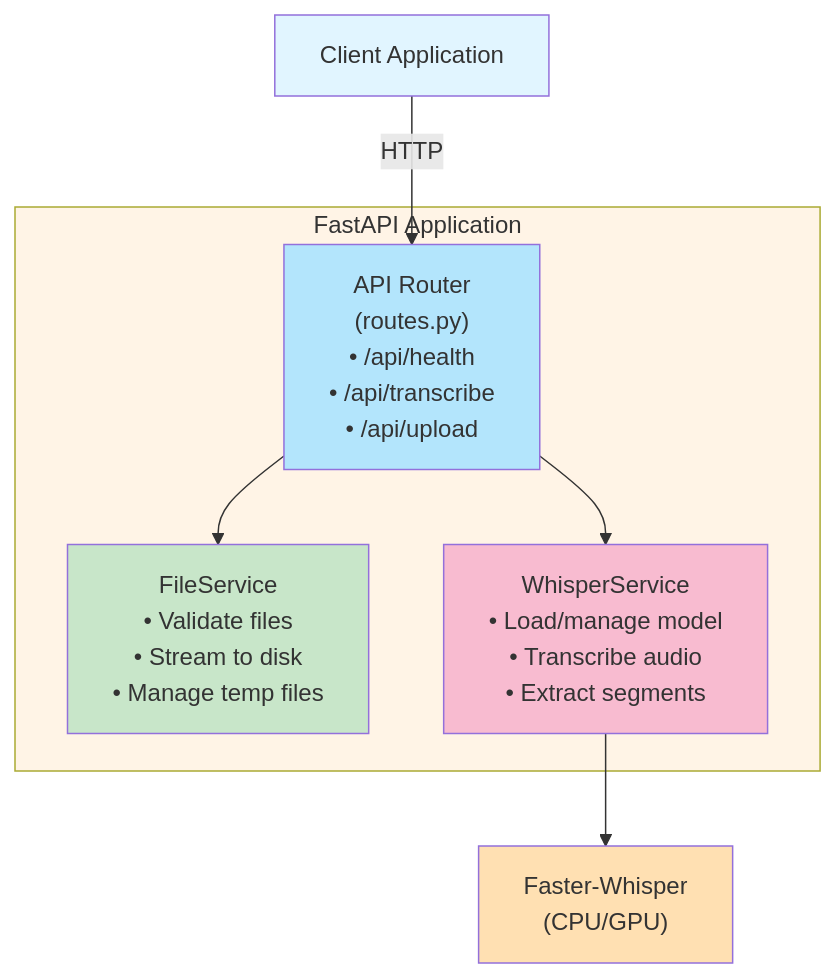
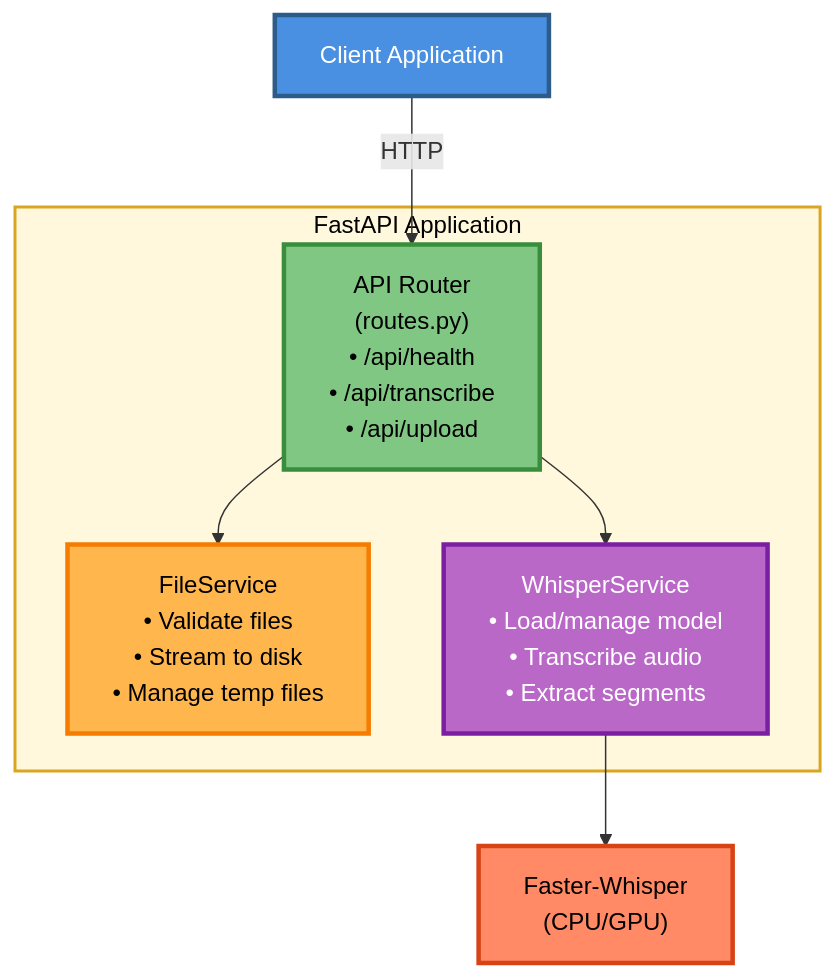
Before and after one commit to shozibabbas/transcription-api: the first of 5 diagrams in README.md, drawn with Mermaid. The commit also changed other lines of this file and 1 other file, not shown here.

First line of the commit message:
docs: Improve Mermaid diagram colors for better contrast

````diff
--- a/README.md
+++ b/README.md
@@ -16,25 +16,25 @@
 ```mermaid
 graph TB
     Client[Client Application]
     
     subgraph FastAPI["FastAPI Application"]
         Router["API Router<br/>(routes.py)<br/>• /api/health<br/>• /api/transcribe<br/>• /api/upload"]
         FileService["FileService<br/>• Validate files<br/>• Stream to disk<br/>• Manage temp files"]
         WhisperService["WhisperService<br/>• Load/manage model<br/>• Transcribe audio<br/>• Extract segments"]
         
         Router --> FileService
         Router --> WhisperService
     end
     
     Whisper["Faster-Whisper<br/>(CPU/GPU)"]
     
     Client -->|HTTP| Router
     WhisperService --> Whisper
     
-    style Client fill:#e1f5ff
-    style FastAPI fill:#fff4e6
-    style Router fill:#b3e5fc
-    style FileService fill:#c8e6c9
-    style WhisperService fill:#f8bbd0
-    style Whisper fill:#ffe0b2
+    style Client fill:#4A90E2,stroke:#2E5C8A,stroke-width:3px,color:#fff
+    style FastAPI fill:#FFF8DC,stroke:#DAA520,stroke-width:2px,color:#000
+    style Router fill:#81C784,stroke:#388E3C,stroke-width:3px,color:#000
+    style FileService fill:#FFB74D,stroke:#F57C00,stroke-width:3px,color:#000
+    style WhisperService fill:#BA68C8,stroke:#7B1FA2,stroke-width:3px,color:#fff
+    style Whisper fill:#FF8A65,stroke:#D84315,stroke-width:3px,color:#000
 ```
````
